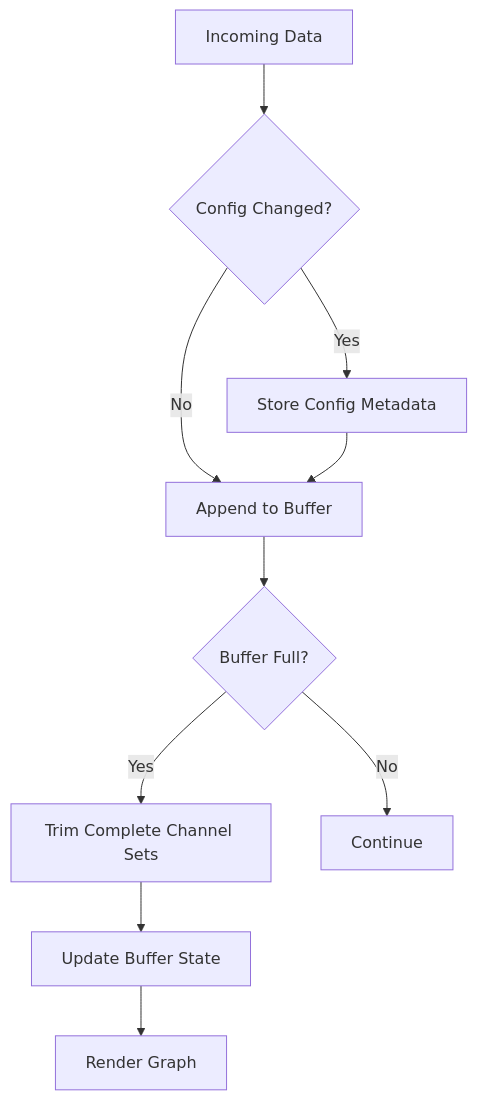
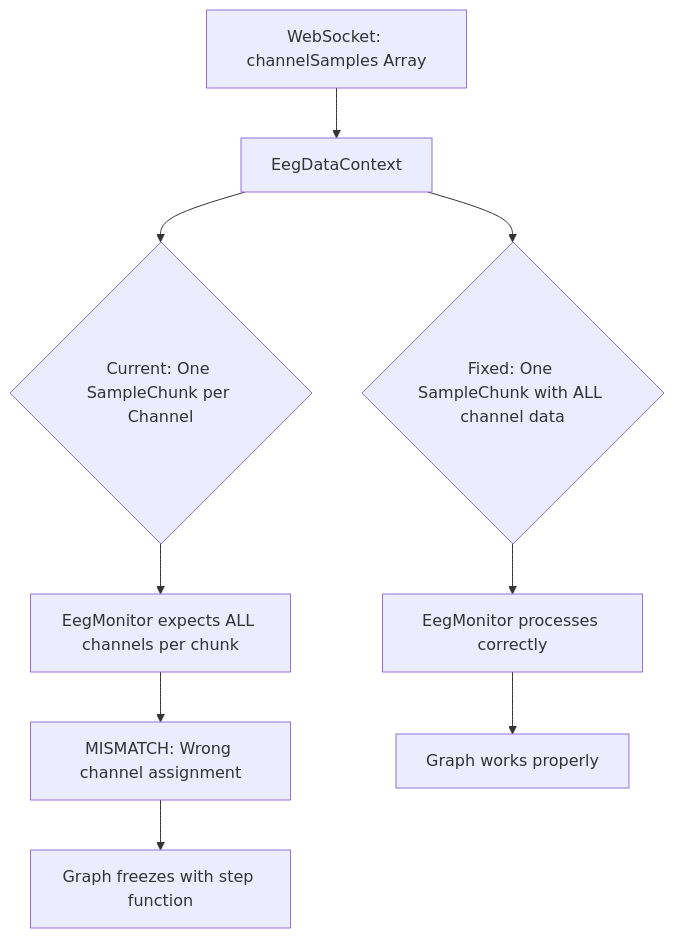
The first of 2 diagrams in todo/eeg_graph_fix_plan.md (nickgeoca/elata-eeg), drawn with Mermaid before and after one commit. The commit also changed other lines of this file and 2 other files, not shown here.

````diff
--- a/todo/eeg_graph_fix_plan.md
+++ b/todo/eeg_graph_fix_plan.md
@@ -14,12 +22,12 @@
 ```mermaid
 graph TD
-    A[Incoming Data] --> B{Config Changed?}
-    B -->|Yes| C[Store Config Metadata]
-    B -->|No| D[Append to Buffer]
-    C --> D
-    D --> E{Buffer Full?}
-    E -->|Yes| F[Trim Complete Channel Sets]
-    E -->|No| G[Continue]
-    F --> H[Update Buffer State]
-    H --> I[Render Graph]
+    A[WebSocket: channelSamples Array] --> B[EegDataContext]
+    B --> C{Current: One SampleChunk per Channel}
+    C --> D[EegMonitor expects ALL channels per chunk]
+    D --> E[MISMATCH: Wrong channel assignment]
+    E --> F[Graph freezes with step function]
+    
+    B --> G{Fixed: One SampleChunk with ALL channel data}
+    G --> H[EegMonitor processes correctly]
+    H --> I[Graph works properly]
 ```
````
